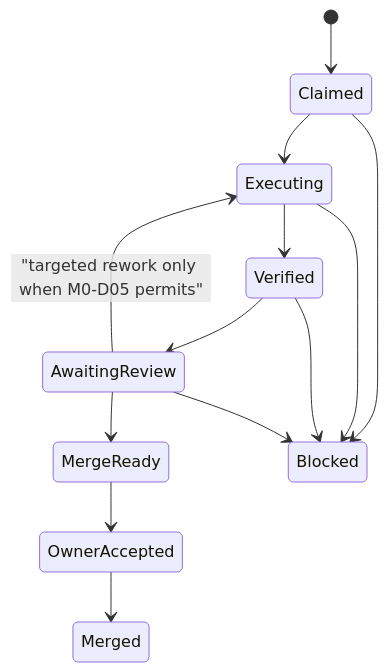
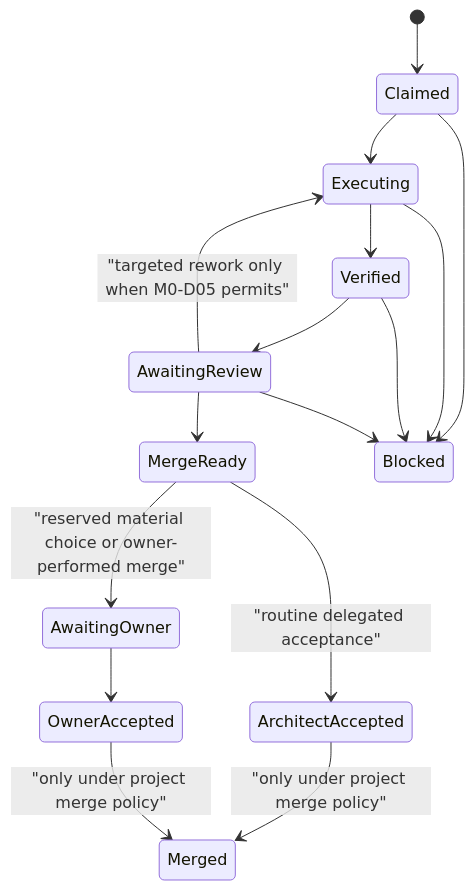
Before and after one commit to jmiedreich-ux/Maestro: the second of 2 diagrams in docs/planning/maestro-master-plan.md, drawn with Mermaid. The commit also changed other lines of this file and 17 other files, not shown here.

````diff
--- a/docs/planning/maestro-master-plan.md
+++ b/docs/planning/maestro-master-plan.md
@@ -68,15 +74,18 @@
 ```mermaid
 stateDiagram-v2
   [*] --> Claimed
   Claimed --> Executing
   Executing --> Verified
   Verified --> AwaitingReview
   AwaitingReview --> MergeReady
   AwaitingReview --> Executing: "targeted rework only when M0-D05 permits"
-  MergeReady --> OwnerAccepted
-  OwnerAccepted --> Merged
+  MergeReady --> ArchitectAccepted: "routine delegated acceptance"
+  MergeReady --> AwaitingOwner: "reserved material choice or owner-performed merge"
+  AwaitingOwner --> OwnerAccepted
+  ArchitectAccepted --> Merged: "only under project merge policy"
+  OwnerAccepted --> Merged: "only under project merge policy"
   Claimed --> Blocked
   Executing --> Blocked
   Verified --> Blocked
   AwaitingReview --> Blocked
 ```
````
